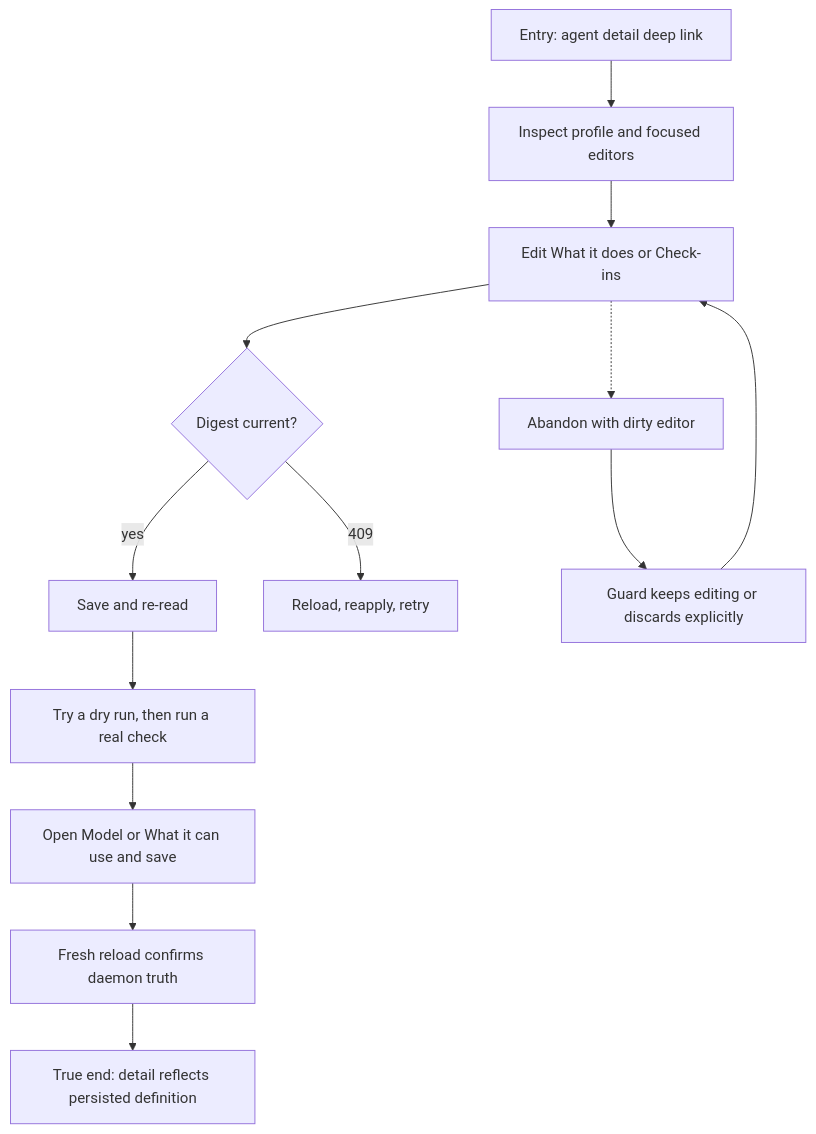
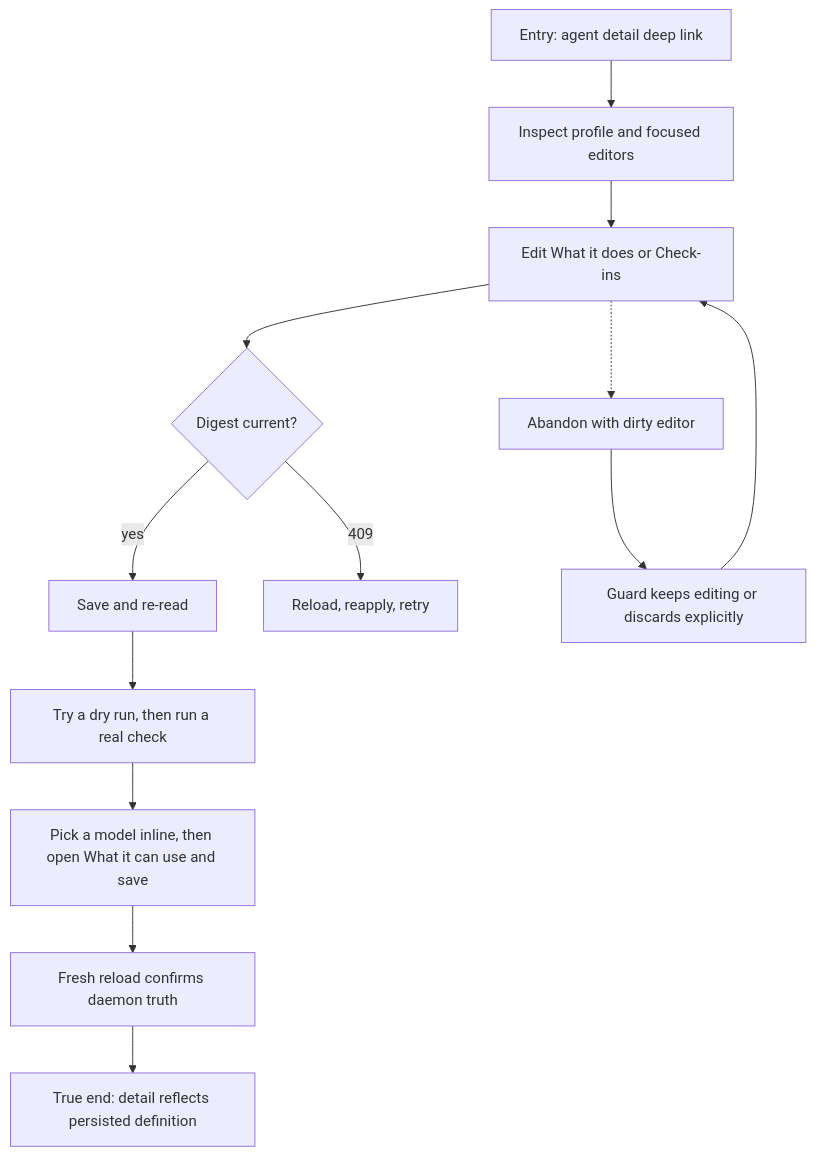
The diagram in docs/qa/journeys/J-31-steward-agent-definition.md (compozy/compozy), drawn with Mermaid before and after one commit. The commit also changed 4 other files, not shown here.

````diff
--- a/docs/qa/journeys/J-31-steward-agent-definition.md
+++ b/docs/qa/journeys/J-31-steward-agent-definition.md
@@ -3,15 +3,15 @@
 ```mermaid
 flowchart TD
   A[Entry: agent detail deep link] --> B[Inspect profile and focused editors]
   B --> C[Edit What it does or Check-ins]
   C --> D{Digest current?}
   D -->|yes| E[Save and re-read]
   D -->|409| F[Reload, reapply, retry]
   E --> G[Try a dry run, then run a real check]
-  G --> H[Open Model or What it can use and save]
+  G --> H[Pick a model inline, then open What it can use and save]
   H --> I[Fresh reload confirms daemon truth]
   C -.-> X[Abandon with dirty editor]
   X --> Y[Guard keeps editing or discards explicitly]
   Y --> C
   I --> J[True end: detail reflects persisted definition]
 ```
````
